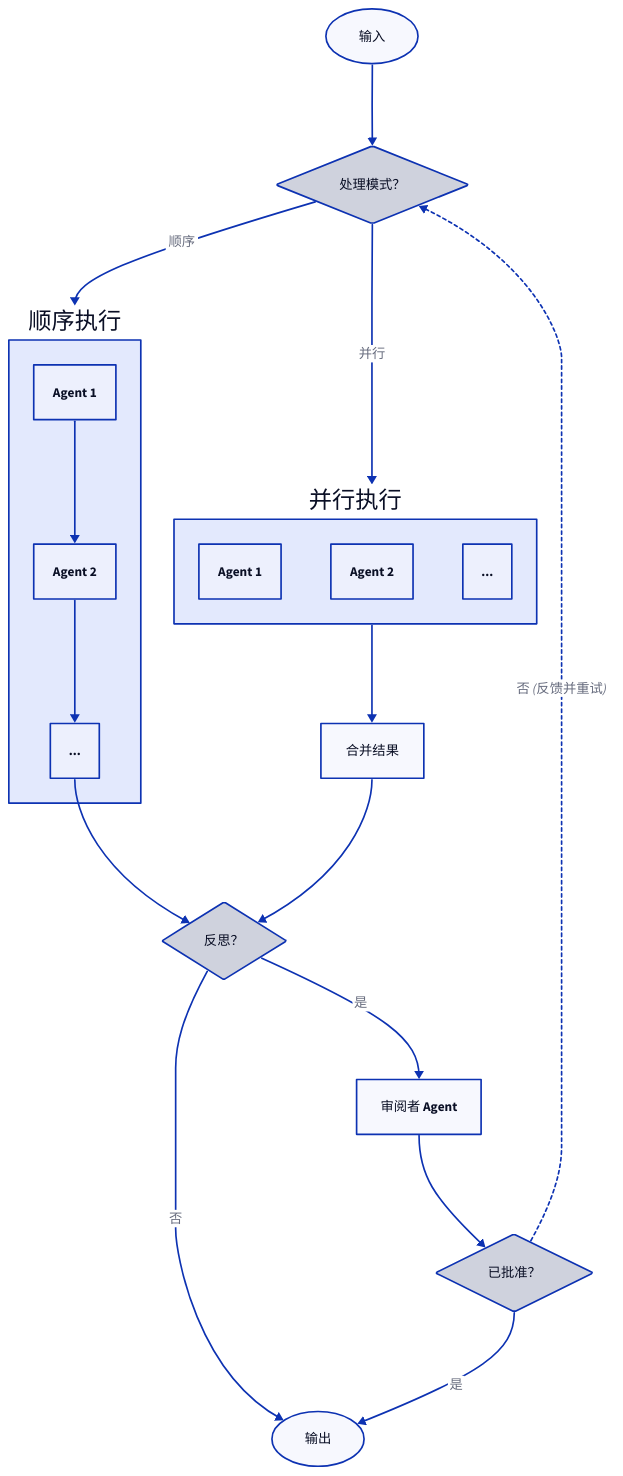
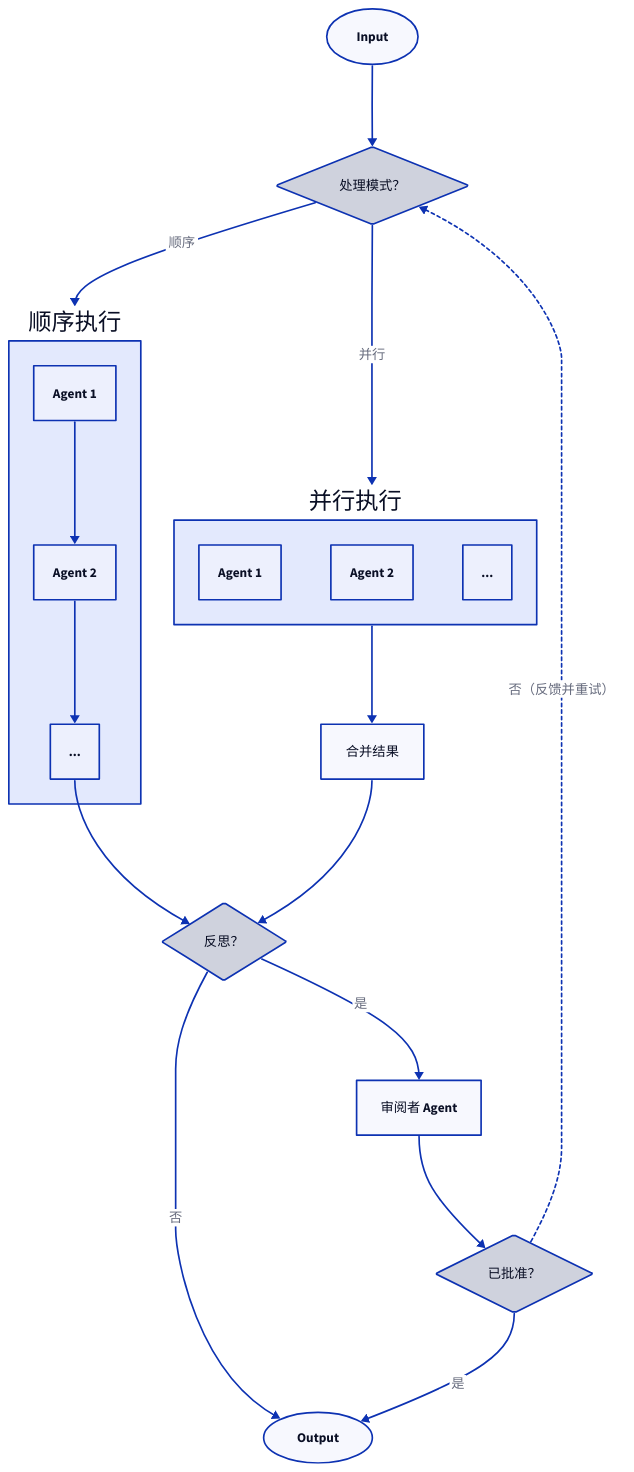
The diagram in .aigne/doc-smith/docs/developer-guide-agents.zh.md (AIGNE-io/aigne-framework), drawn with D2 before and after one commit. The commit also changed other lines of this file and 141 other files, not shown here.

````diff
--- a/.aigne/doc-smith/docs/developer-guide-agents.zh.md
+++ b/.aigne/doc-smith/docs/developer-guide-agents.zh.md
@@ -16,67 +16,61 @@
 ```d2
 direction: down
 
-Input: { 
-  label: "输入"
-  shape: oval 
-}
+Input: { shape: oval }
 
 Mode-Selection: {
   label: "处理模式？"
   shape: diamond
 }
 
 Sequential-Execution: {
   label: "顺序执行"
   Agent-1: "Agent 1"
   Agent-2: "Agent 2"
   Agent-N: "..."
   Agent-1 -> Agent-2 -> Agent-N
 }
 
 Parallel-Execution: {
   label: "并行执行"
   p-agent-1: "Agent 1"
   p-agent-2: "Agent 2"
   p-agent-n: "..."
 }
 
 Combine-Results: "合并结果"
 
 Reflection-Check: {
   label: "反思？"
   shape: diamond
 }
 
 Reviewer: {
   label: "审阅者 Agent"
 }
 
 Approval-Check: {
   label: "已批准？"
   shape: diamond
 }
 
-Output: { 
-  label: "输出"
-  shape: oval 
-}
+Output: { shape: oval }
 
 Input -> Mode-Selection
 
 Mode-Selection -> Sequential-Execution: "顺序"
 Mode-Selection -> Parallel-Execution: "并行"
 
 Sequential-Execution.Agent-N -> Reflection-Check
 Parallel-Execution -> Combine-Results
 Combine-Results -> Reflection-Check
 
 Reflection-Check -> Output: "否"
 Reflection-Check -> Reviewer: "是"
 
 Reviewer -> Approval-Check
 Approval-Check -> Output: "是"
-Approval-Check -> Mode-Selection: "否 (反馈并重试)" {
+Approval-Check -> Mode-Selection: "否（反馈并重试）" {
   style.stroke-dash: 2
 }
 ```
````
